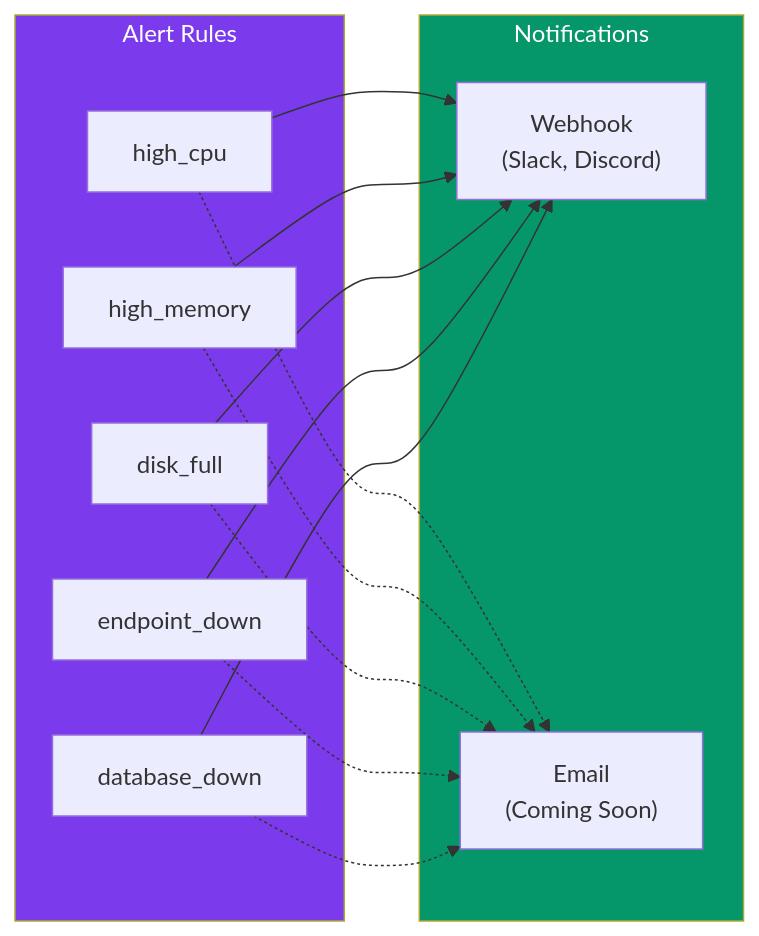
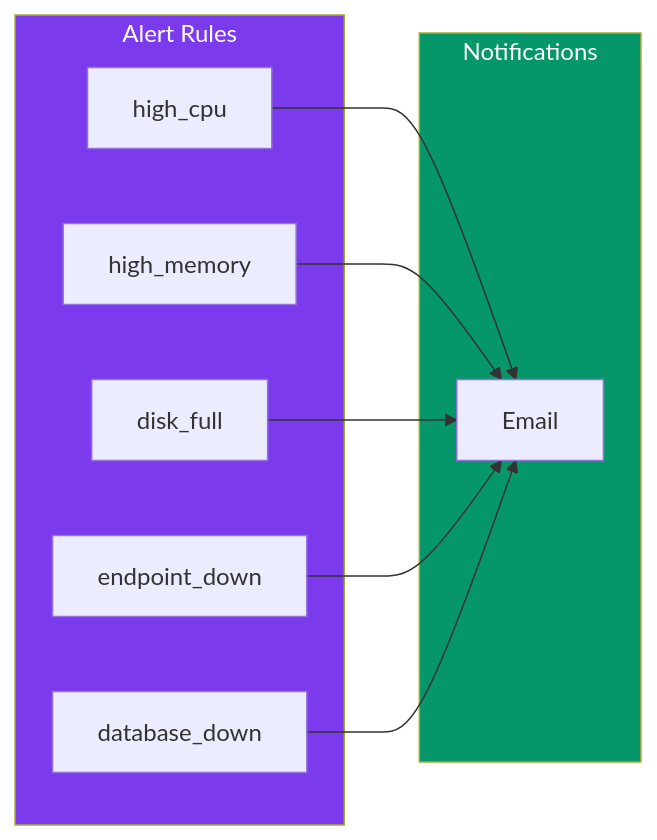
Before and after one commit to theakash04/nubilus-docs: the second of 3 diagrams in src/content/docs/index.md, drawn with Mermaid.

Commit message:
update: removed coming soon from docs

````diff
--- a/src/content/docs/index.md
+++ b/src/content/docs/index.md
@@ -111,21 +111,19 @@
 ```mermaid
 graph LR
     subgraph Rules["Alert Rules"]
         R1["high_cpu"]
         R2["high_memory"]
         R3["disk_full"]
         R4["endpoint_down"]
         R5["database_down"]
     end
 
     subgraph Actions["Notifications"]
-        W["Webhook<br/>(Slack, Discord)"]
-        E["Email<br/>(Coming Soon)"]
+        E["Email"]
     end
 
-    R1 & R2 & R3 & R4 & R5 --> W
-    R1 & R2 & R3 & R4 & R5 -.-> E
+    R1 & R2 & R3 & R4 & R5 --> E
 
     style Rules fill:#7c3aed,color:#fff
     style Actions fill:#059669,color:#fff
 ```
````
